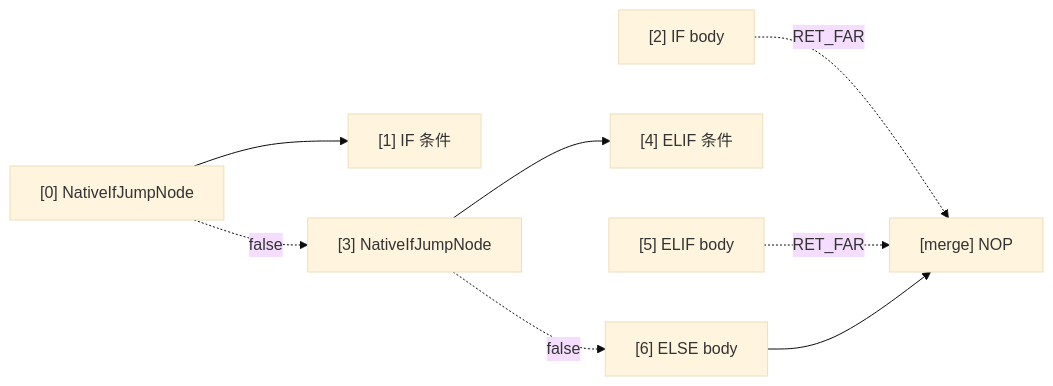
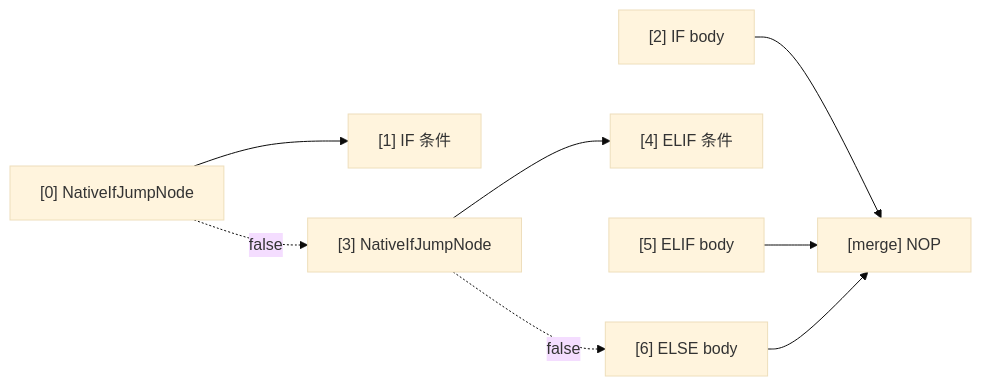
The second of 4 diagrams in docs/zh/guide/advanced/built-in_instruction_set/native_instructions.md (AmritaBot/AmritaSense), drawn with Mermaid (base theme) before and after one commit. The commit also changed other lines of this file and 102 other files, not shown here.

````diff
--- a/docs/zh/guide/advanced/built-in_instruction_set/native_instructions.md
+++ b/docs/zh/guide/advanced/built-in_instruction_set/native_instructions.md
@@ -73,18 +77,18 @@
 ```mermaid
 graph LR
     if0["[0] NativeIfJumpNode"]
     if_cond["[1] IF 条件"]
     if_body["[2] IF body"]
     elif0["[3] NativeIfJumpNode"]
     elif_cond["[4] ELIF 条件"]
     elif_body["[5] ELIF body"]
     else_body["[6] ELSE body"]
     nop["[merge] NOP"]
     if0 --> if_cond
     elif0 --> elif_cond
     if0 -.->|false| elif0
     elif0 -.->|false| else_body
-    if_body -.->|RET_FAR| nop
-    elif_body -.->|RET_FAR| nop
+    if_body --> nop
+    elif_body --> nop
     else_body --> nop
 ```
````
